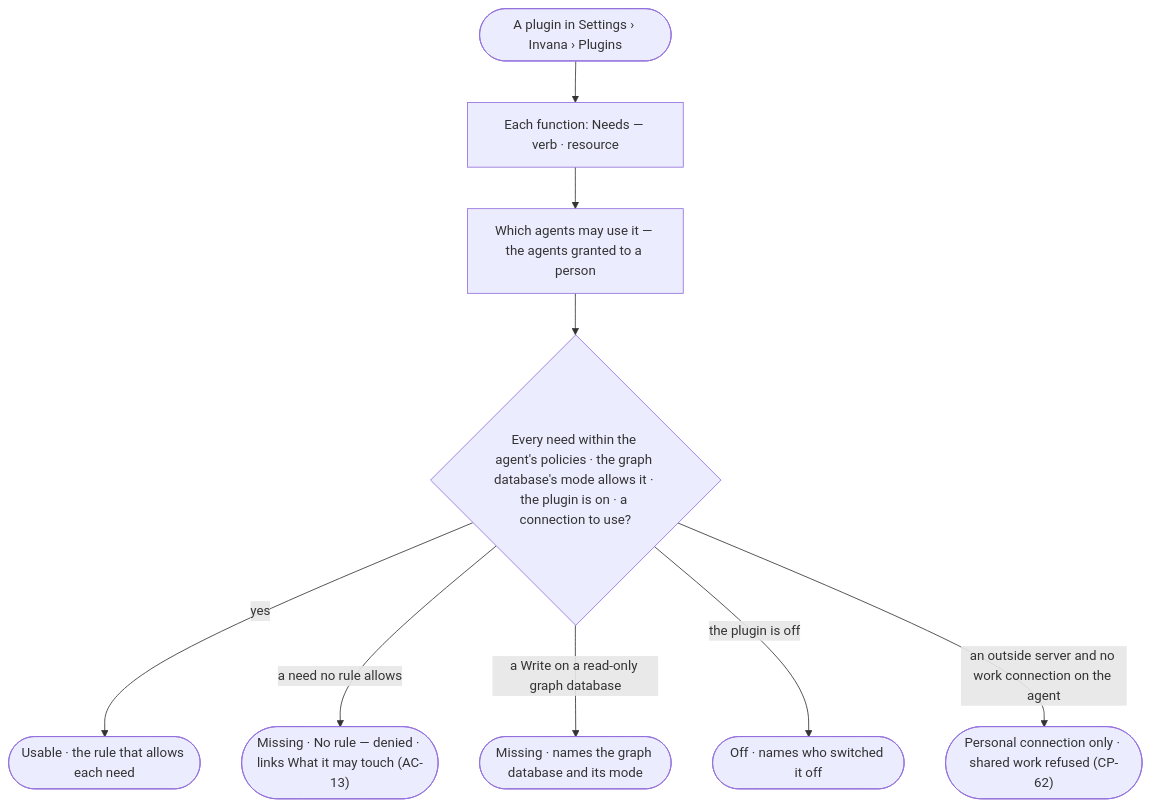
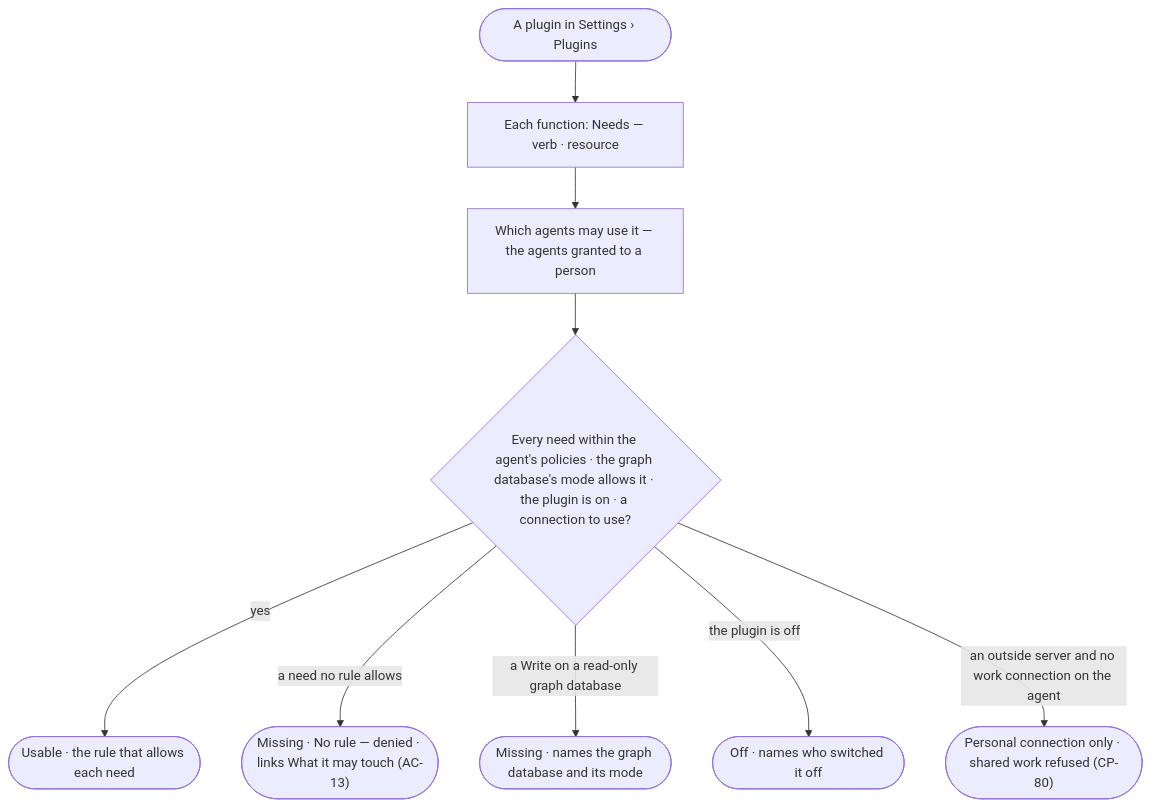
One commit to invana/invana changed the diagram in specs/os/control/features/CP-F02-plugins-and-outside-tools/stories/CP-44-see-what-a-plugin-needs-and-which-agents-may-use-it/story.md. Above: the diagram before and after it, drawn with Mermaid. The commit also changed other lines of this file and 456 other files, not shown here.

````diff
--- a/specs/os/control/features/CP-F02-plugins-and-outside-tools/stories/CP-44-see-what-a-plugin-needs-and-which-agents-may-use-it/story.md
+++ b/specs/os/control/features/CP-F02-plugins-and-outside-tools/stories/CP-44-see-what-a-plugin-needs-and-which-agents-may-use-it/story.md
@@ -29,11 +29,11 @@
 ```mermaid
 flowchart TD
-  p([A plugin in Settings › Invana › Plugins]) --> f["Each function: Needs — verb · resource"]
+  p([A plugin in Settings › Plugins]) --> f["Each function: Needs — verb · resource"]
   f --> who["Which agents may use it — the agents granted to a person"]
   who --> chk{"Every need within the agent's policies · the graph database's mode allows it · the plugin is on · a connection to use?"}
   chk -->|yes| ok(["Usable · the rule that allows each need"])
   chk -->|a need no rule allows| m1(["Missing · No rule — denied · links What it may touch (AC-13)"])
   chk -->|a Write on a read-only graph database| m2(["Missing · names the graph database and its mode"])
   chk -->|the plugin is off| m3(["Off · names who switched it off"])
-  chk -->|an outside server and no work connection on the agent| m4(["Personal connection only · shared work refused (CP-62)"])
+  chk -->|an outside server and no work connection on the agent| m4(["Personal connection only · shared work refused (CP-80)"])
 ```
````
